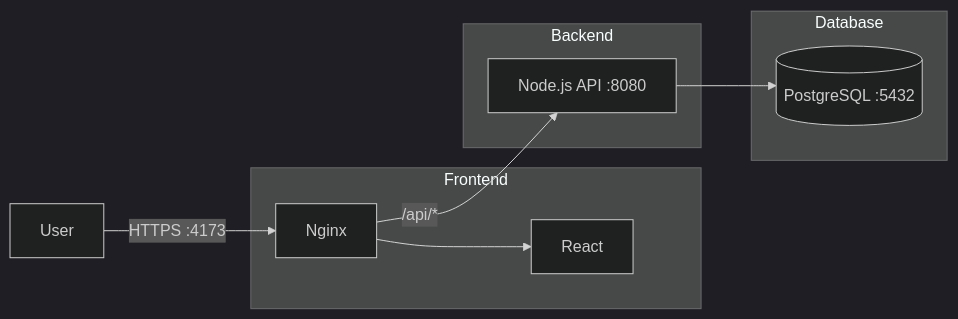
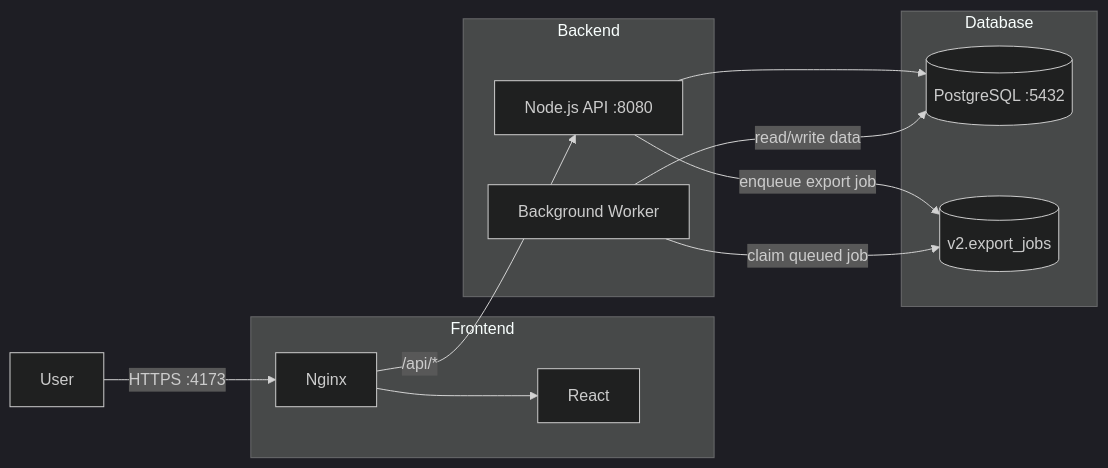
Before and after one commit to agslima/software-delivery-pipeline: the diagram in app/readme.md, drawn with Mermaid (dark theme). The commit also changed other lines of this file and 84 other files, not shown here.

First line of the commit message:
feat: implement background worker for asynchronous prescription exports with expanded governance (#167)

````diff
--- a/app/readme.md
+++ b/app/readme.md
@@ -65,19 +73,24 @@
 ```mermaid
 graph LR
     User -->|HTTPS :4173| Nginx
 
     subgraph Frontend
         Nginx --> React
     end
 
     subgraph Backend
         API[Node.js API :8080]
+        Worker[Background Worker]
     end
 
     subgraph Database
         DB[(PostgreSQL :5432)]
+        Queue[(v2.export_jobs)]
     end
 
     Nginx -->|/api/*| API
     API --> DB
+    API -->|enqueue export job| Queue
+    Worker -->|claim queued job| Queue
+    Worker -->|read/write data| DB
 ```
````
